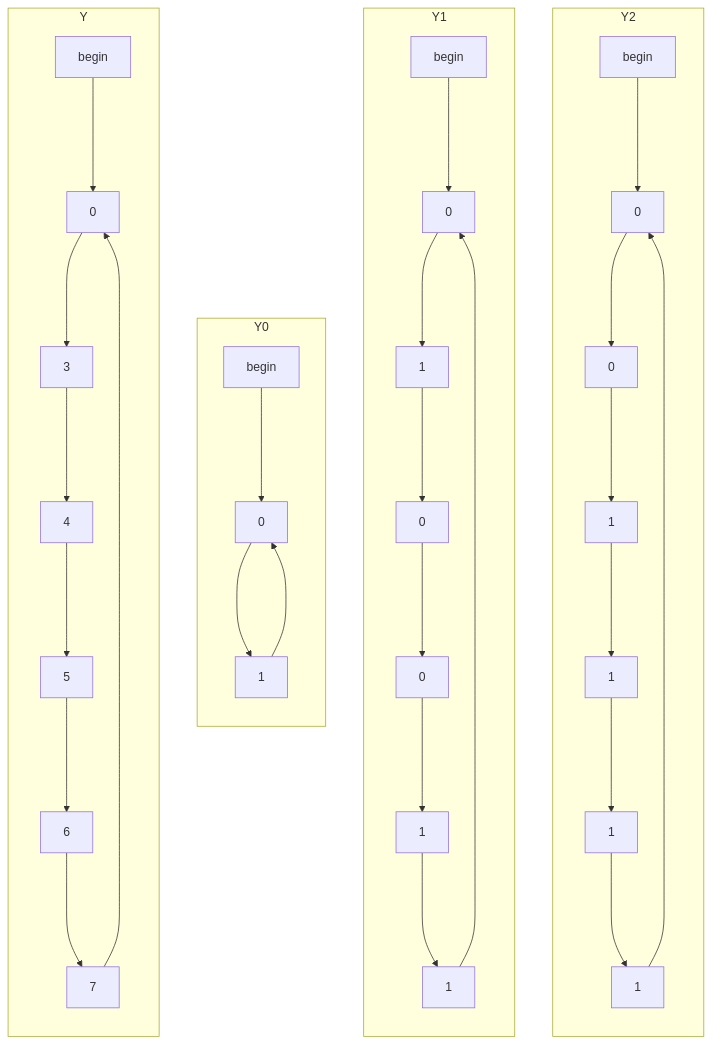
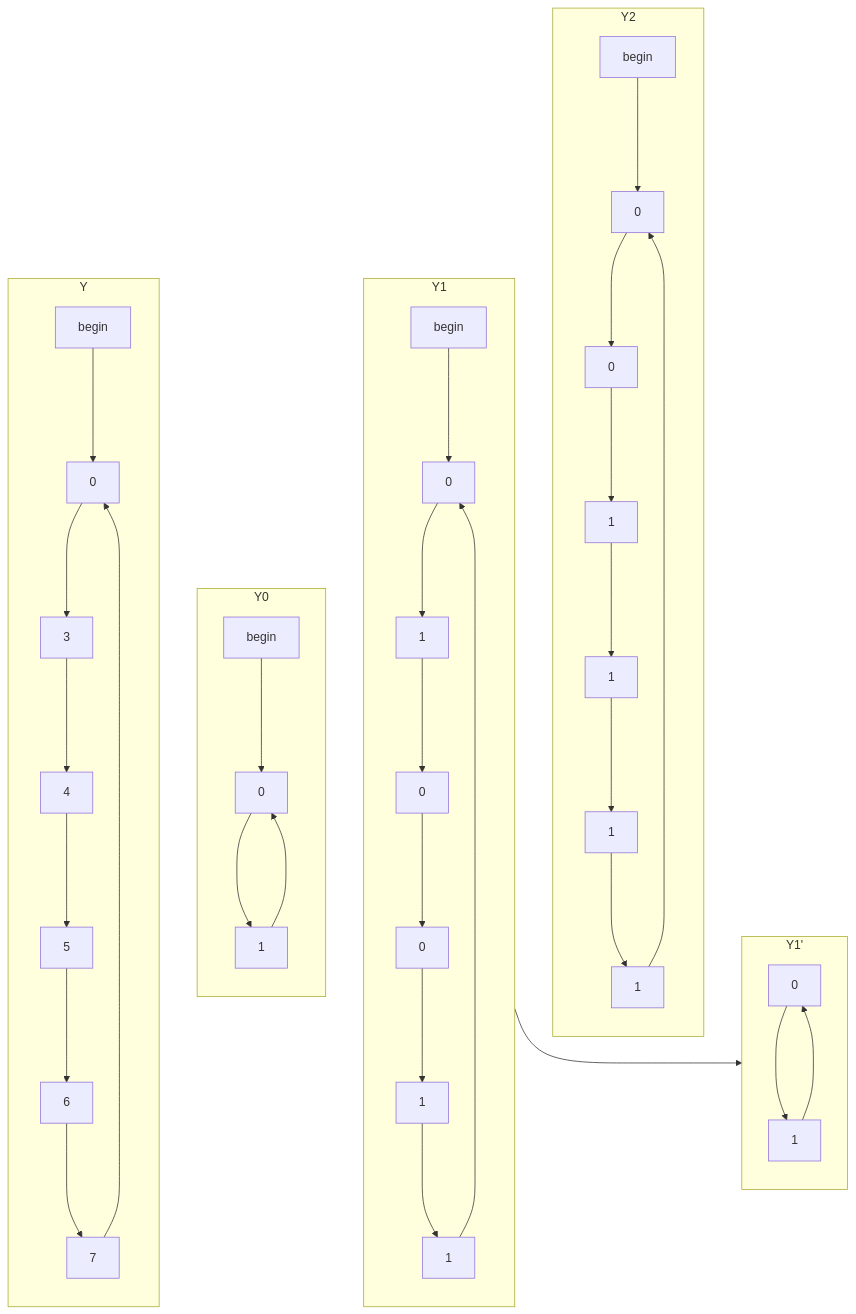
One commit to tnichols217/notes changed the fourth of 5 diagrams in CSDS 281 - Logic Design/HW/8/Tables.md. Above: the diagram before and after it, drawn with Mermaid.

Commit message:
vault backup: 2024-04-03 23:50:54

````diff
--- a/CSDS 281 - Logic Design/HW/8/Tables.md
+++ b/CSDS 281 - Logic Design/HW/8/Tables.md
@@ -113,39 +113,45 @@
 ```mermaid
 flowchart LR
 subgraph Y
 	begin ---> 0
 	0 ---> 3
 	3 ---> 4
 	4 ---> 5
 	5 ---> 6
 	6 ---> 7
 	7 ---> 0
 end
 subgraph Y0
 	direction TB
 	begin0[begin] ---> 00[0]
 	00 ---> 01[1]
 	01 ---> 00
 end
 subgraph Y1
 	direction TB
 	begin1[begin] ---> 101[0]
 	101 ---> 111[1]
 	111 ---> 102[0]
 	102 ---> 103[0]
 	103 ---> 112[1]
 	112 ---> 113[1]
 	113 ---> 101
 end
 subgraph Y2
 	direction TB
 	begin2[begin] ---> 201[0]
 	201 ---> 202[0]
 	202 ---> 211[1]
 	211 ---> 212[1]
 	212 ---> 213[1]
 	213 ---> 214[1]
 	214 ---> 201
 end
+subgraph Y1'
+	direction TB
+	begin1[begin] ---> 10[0]
+	10 ---> 11[1]
+	11 ---> 10
+end
 Y ~~~ Y0 ~~~ Y1 ~~~ Y2
 ```
````
